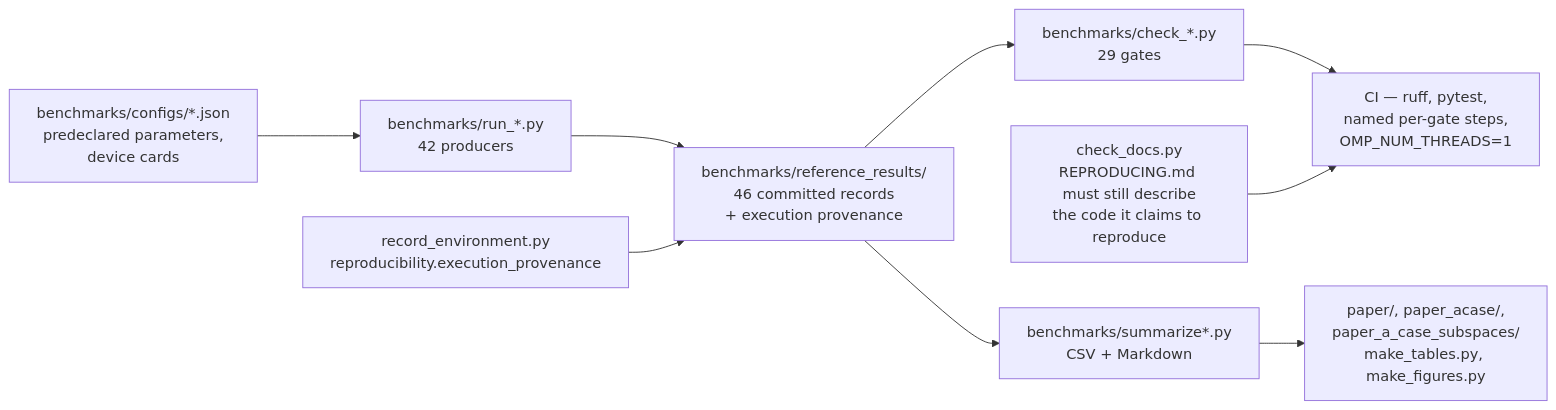
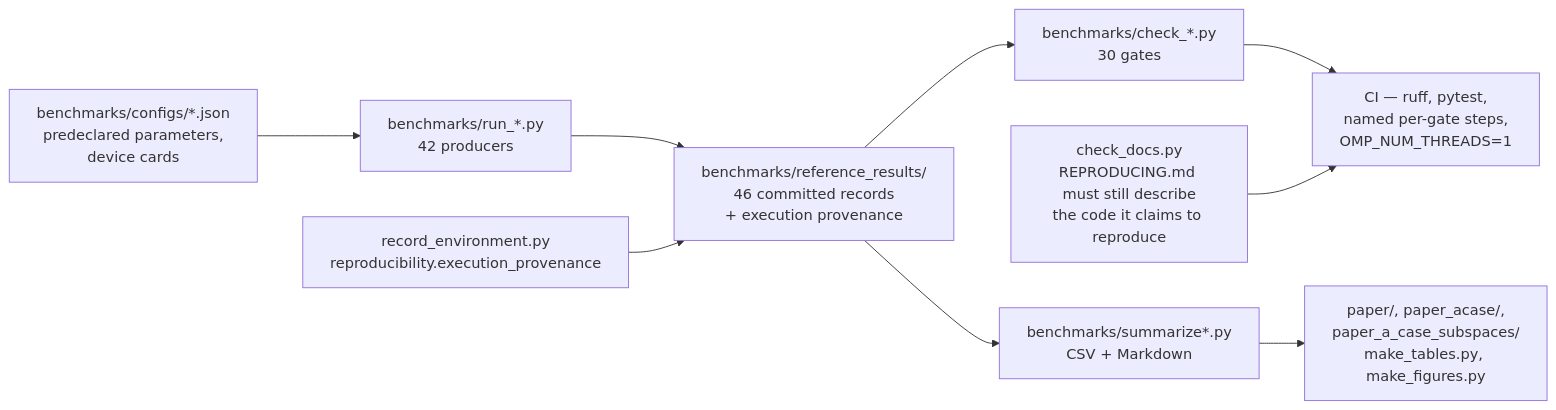
Before and after one commit to gutama/clifford_qc: the fifth of 5 diagrams in ARCHITECTURE.md, drawn with Mermaid. The commit also changed other lines of this file and 20 other files, not shown here.

Commit message:
Address architecture paper review findings

````diff
--- a/ARCHITECTURE.md
+++ b/ARCHITECTURE.md
@@ -316,17 +317,17 @@
 ```mermaid
 flowchart LR
     CFG["benchmarks/configs/*.json<br/>predeclared parameters,<br/>device cards"]
     RUN["benchmarks/run_*.py<br/>42 producers"]
     REC["benchmarks/reference_results/<br/>46 committed records<br/>+ execution provenance"]
-    CHK["benchmarks/check_*.py<br/>29 gates"]
+    CHK["benchmarks/check_*.py<br/>30 gates"]
     SUM["benchmarks/summarize*.py<br/>CSV + Markdown"]
     PAPER["paper/, paper_acase/,<br/>paper_a_case_subspaces/<br/>make_tables.py, make_figures.py"]
     CI["CI &mdash; ruff, pytest,<br/>named per-gate steps,<br/>OMP_NUM_THREADS=1"]
 
     CFG --> RUN --> REC
     REC --> CHK
     REC --> SUM --> PAPER
     CHK --> CI
     DOCS["check_docs.py<br/>REPRODUCING.md must still describe<br/>the code it claims to reproduce"] --> CI
     ENV["record_environment.py<br/>reproducibility.execution_provenance"] --> REC
 ```
````
